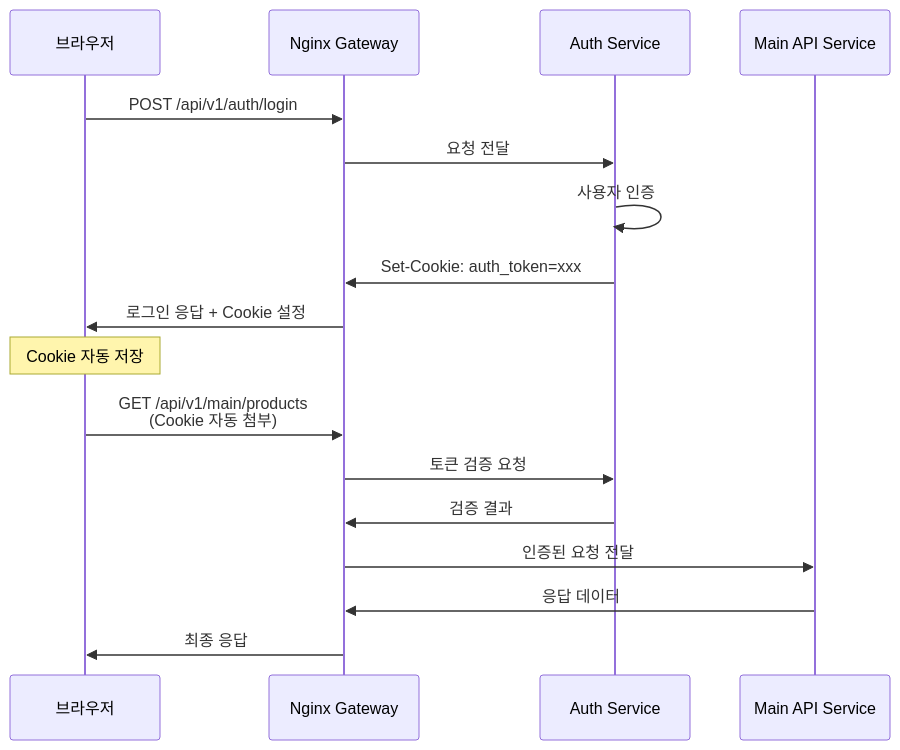
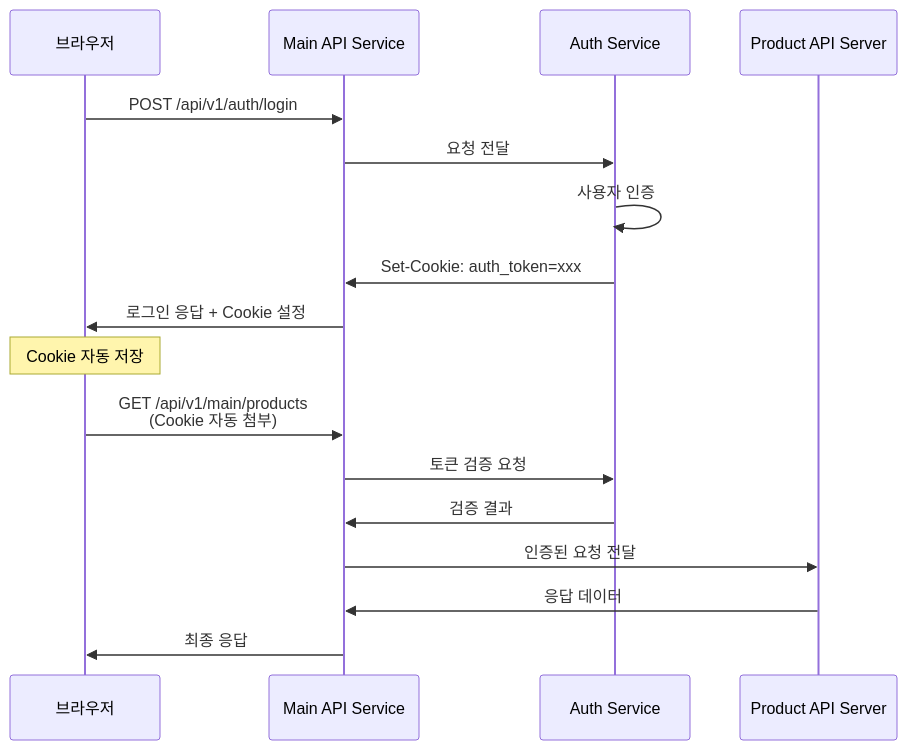
One commit to isinthesky/isinthesky changed the second of 7 diagrams in study/msa-experience/3-auth.md. Above: the diagram before and after it, drawn with Mermaid. The commit also changed other lines of this file and 4 other files, not shown here.

````diff
--- a/study/msa-experience/3-auth.md
+++ b/study/msa-experience/3-auth.md
@@ -63,22 +63,22 @@
 ```mermaid
 sequenceDiagram
     participant Browser as 브라우저
-    participant Gateway as Nginx Gateway
+    participant Gateway as Main API Service
     participant Auth as Auth Service
-    participant Main as Main API Service
+    participant API as Product API Server
     
     Browser->>Gateway: POST /api/v1/auth/login
     Gateway->>Auth: 요청 전달
     Auth->>Auth: 사용자 인증
     Auth->>Gateway: Set-Cookie: auth_token=xxx
     Gateway->>Browser: 로그인 응답 + Cookie 설정
     
     Note over Browser: Cookie 자동 저장
     
     Browser->>Gateway: GET /api/v1/main/products<br/>(Cookie 자동 첨부)
     Gateway->>Auth: 토큰 검증 요청
     Auth->>Gateway: 검증 결과
-    Gateway->>Main: 인증된 요청 전달
-    Main->>Gateway: 응답 데이터
+    Gateway->>API: 인증된 요청 전달
+    API->>Gateway: 응답 데이터
     Gateway->>Browser: 최종 응답
 ```
````
